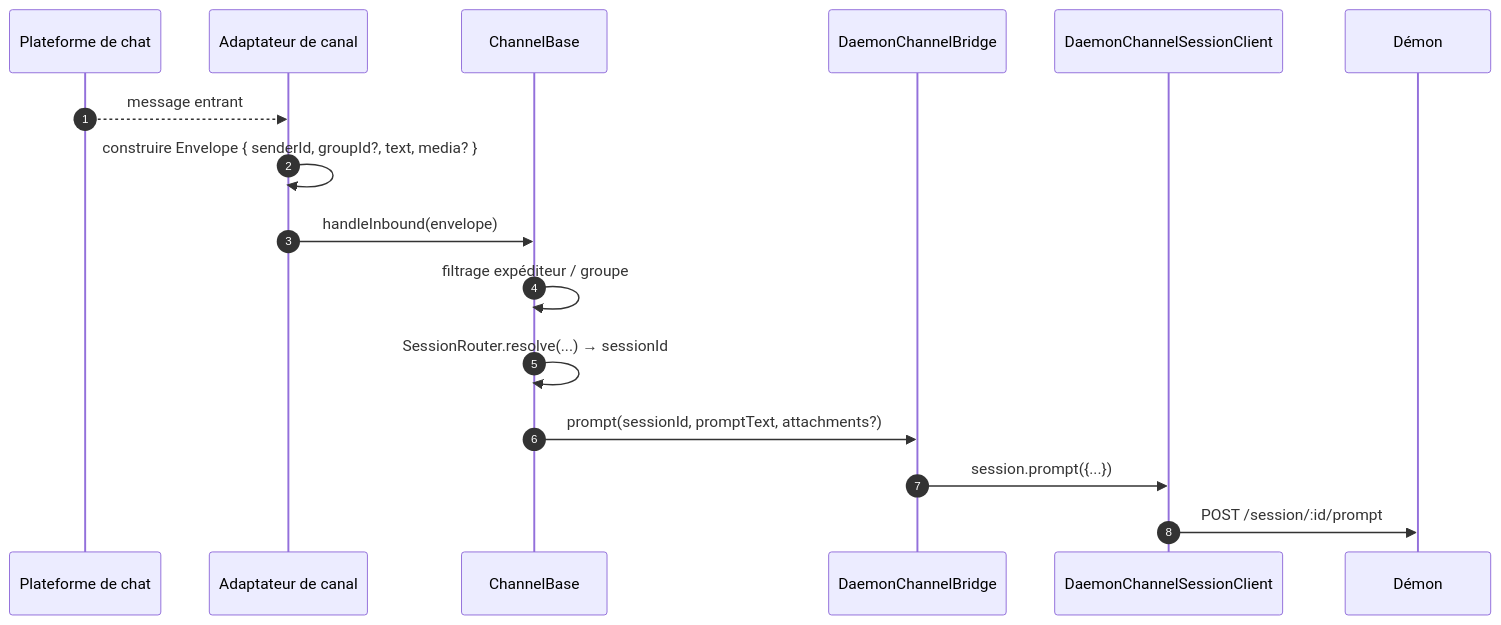
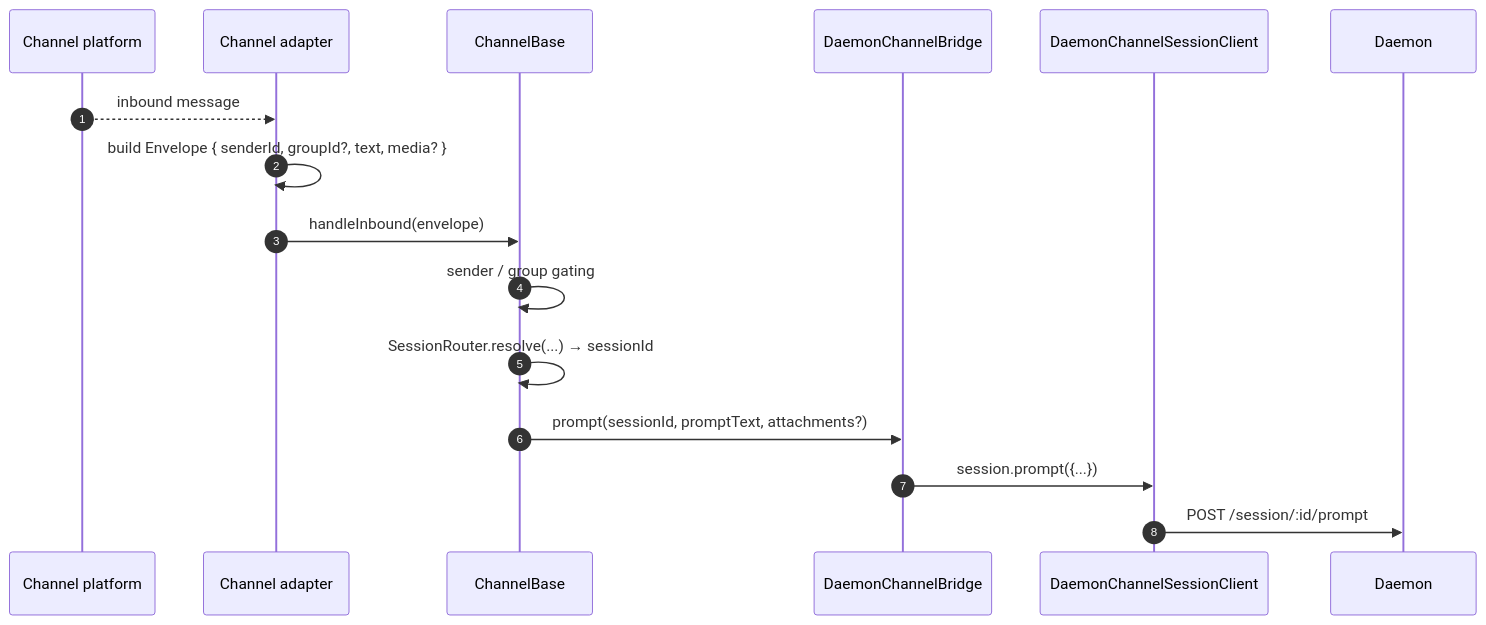
The first of 3 diagrams in website/content/fr/developers/daemon/15-channel-adapters.md (QwenLM/qwen-code-docs), drawn with Mermaid before and after one commit. The commit also changed other lines of this file and 128 other files, not shown here.

````diff
--- a/website/content/fr/developers/daemon/15-channel-adapters.md
+++ b/website/content/fr/developers/daemon/15-channel-adapters.md
@@ -93,19 +98,19 @@
 ```mermaid
 sequenceDiagram
     autonumber
-    participant CH as Plateforme de chat
-    participant AD as Adaptateur de canal
+    participant CH as Channel platform
+    participant AD as Channel adapter
     participant CB as ChannelBase
     participant BR as DaemonChannelBridge
     participant SC as DaemonChannelSessionClient
-    participant D as Démon
+    participant D as Daemon
 
-    CH-->>AD: message entrant
-    AD->>AD: construire Envelope { senderId, groupId?, text, media? }
+    CH-->>AD: inbound message
+    AD->>AD: build Envelope { senderId, groupId?, text, media? }
     AD->>CB: handleInbound(envelope)
-    CB->>CB: filtrage expéditeur / groupe
+    CB->>CB: sender / group gating
     CB->>CB: SessionRouter.resolve(...) → sessionId
     CB->>BR: prompt(sessionId, promptText, attachments?)
     BR->>SC: session.prompt({...})
     SC->>D: POST /session/:id/prompt
 ```
````
